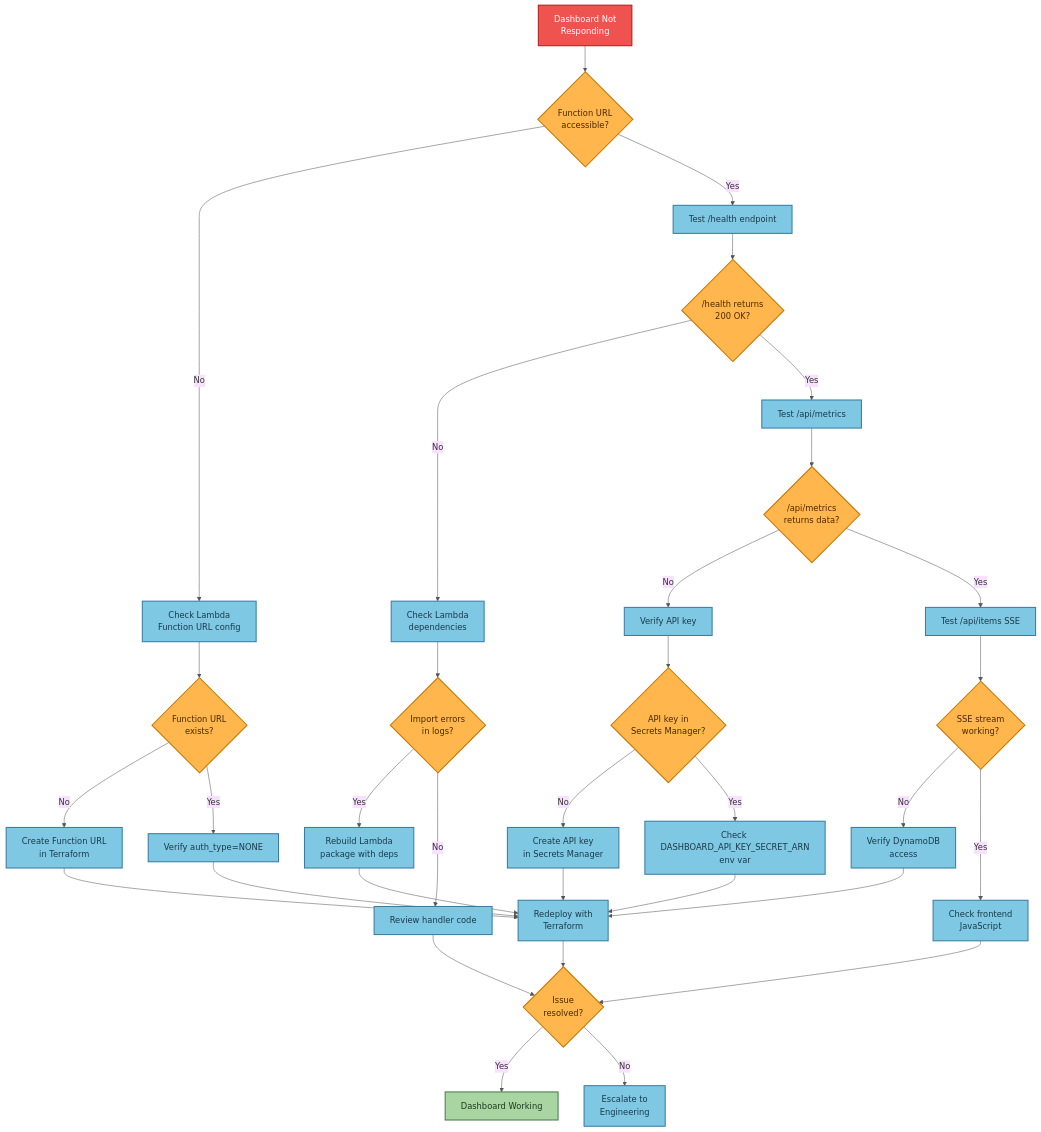
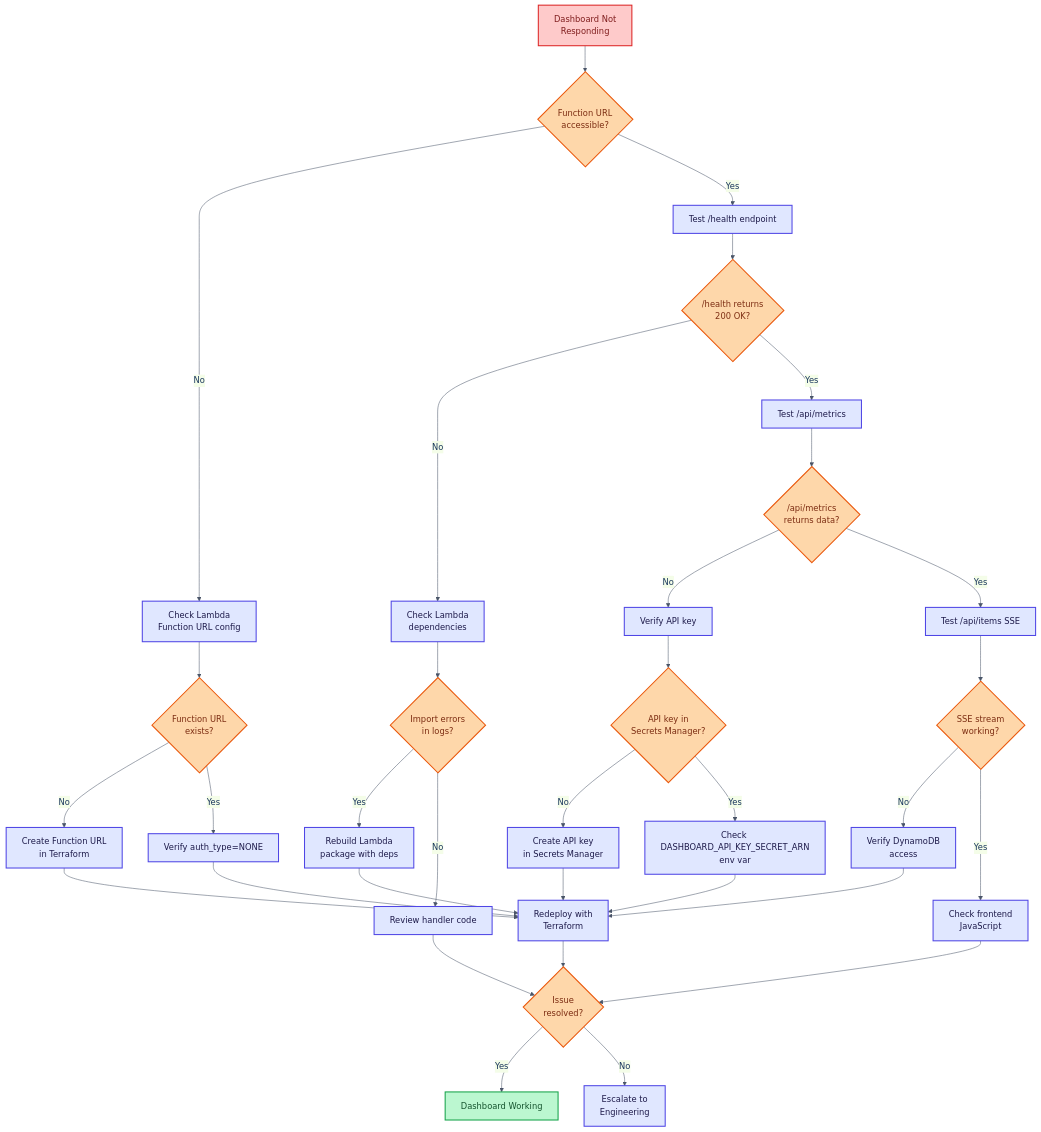
The ninth of 10 diagrams in docs/OPERATIONAL_FLOWS.md (traylorre/sentiment-analyzer-gsk), drawn with Mermaid before and after one commit. The commit also changed other lines of this file and 3 other files, not shown here.

First line of the commit message:
docs: Update all diagrams with unified WCAG-compliant color palette

````diff
--- a/docs/OPERATIONAL_FLOWS.md
+++ b/docs/OPERATIONAL_FLOWS.md
@@ -473,54 +473,54 @@
 ```mermaid
-%%{init: {'theme':'base', 'themeVariables': {'primaryColor':'#fff8e1', 'primaryTextColor':'#333', 'primaryBorderColor':'#c9a227', 'lineColor':'#555'}}}%%
+%%{init: {'theme': 'base', 'themeVariables': {'primaryColor': '#e8f4fd', 'primaryTextColor': '#1a365d', 'primaryBorderColor': '#3182ce', 'lineColor': '#4a5568'}}}%%
 flowchart TD
     NotResponding[Dashboard Not<br/>Responding] --> CheckURL{Function URL<br/>accessible?}
     CheckURL -->|No| CheckLambda[Check Lambda<br/>Function URL config]
     CheckURL -->|Yes| TestEndpoint[Test /health endpoint]
 
     CheckLambda --> URLExists{Function URL<br/>exists?}
     URLExists -->|No| CreateURL[Create Function URL<br/>in Terraform]
     URLExists -->|Yes| CheckAuth[Verify auth_type=NONE]
 
     TestEndpoint --> HealthOK{/health returns<br/>200 OK?}
     HealthOK -->|No| CheckDeps[Check Lambda<br/>dependencies]
     HealthOK -->|Yes| TestAPI[Test /api/metrics]
 
     CheckDeps --> ImportError{Import errors<br/>in logs?}
     ImportError -->|Yes| RebuildPackage[Rebuild Lambda<br/>package with deps]
     ImportError -->|No| CheckCode[Review handler code]
 
     TestAPI --> MetricsOK{/api/metrics<br/>returns data?}
     MetricsOK -->|No| CheckAPIKey[Verify API key]
     MetricsOK -->|Yes| TestSSE[Test /api/items SSE]
 
     CheckAPIKey --> KeyValid{API key in<br/>Secrets Manager?}
     KeyValid -->|No| CreateAPIKey[Create API key<br/>in Secrets Manager]
     KeyValid -->|Yes| CheckEnvVar[Check DASHBOARD_API_KEY_SECRET_ARN<br/>env var]
 
     TestSSE --> SSEWorks{SSE stream<br/>working?}
     SSEWorks -->|No| CheckDDB[Verify DynamoDB<br/>access]
     SSEWorks -->|Yes| CheckFrontend[Check frontend<br/>JavaScript]
 
     CreateURL --> Redeploy[Redeploy with<br/>Terraform]
     CheckAuth --> Redeploy
     RebuildPackage --> Redeploy
     CreateAPIKey --> Redeploy
     CheckEnvVar --> Redeploy
     CheckDDB --> Redeploy
 
     Redeploy --> Verify{Issue<br/>resolved?}
     CheckCode --> Verify
     CheckFrontend --> Verify
     Verify -->|Yes| Complete[Dashboard Working]
     Verify -->|No| Escalate[Escalate to<br/>Engineering]
 
-    classDef errorNode fill:#ef5350,stroke:#b71c1c,stroke-width:2px,color:#fff
-    classDef decisionNode fill:#ffb74d,stroke:#c77800,stroke-width:2px,color:#4a2800
-    classDef actionNode fill:#7ec8e3,stroke:#3a7ca5,stroke-width:2px,color:#1a3a4a
-    classDef successNode fill:#a8d5a2,stroke:#4a7c4e,stroke-width:2px,color:#1e3a1e
+    classDef errorNode fill:#fecaca,stroke:#dc2626,stroke-width:2px,color:#7f1d1d
+    classDef decisionNode fill:#fed7aa,stroke:#ea580c,stroke-width:2px,color:#7c2d12
+    classDef actionNode fill:#e0e7ff,stroke:#4f46e5,stroke-width:2px,color:#1e1b4b
+    classDef successNode fill:#bbf7d0,stroke:#16a34a,stroke-width:2px,color:#14532d
 
     class NotResponding errorNode
     class CheckURL,URLExists,HealthOK,ImportError,MetricsOK,KeyValid,SSEWorks,Verify decisionNode
     class CheckLambda,TestEndpoint,CheckDeps,TestAPI,CheckAPIKey,CreateAPIKey,CheckEnvVar,TestSSE,CheckDDB,CheckFrontend,CreateURL,CheckAuth,RebuildPackage,Redeploy,CheckCode,Escalate actionNode
     class Complete successNode
 ```
````
